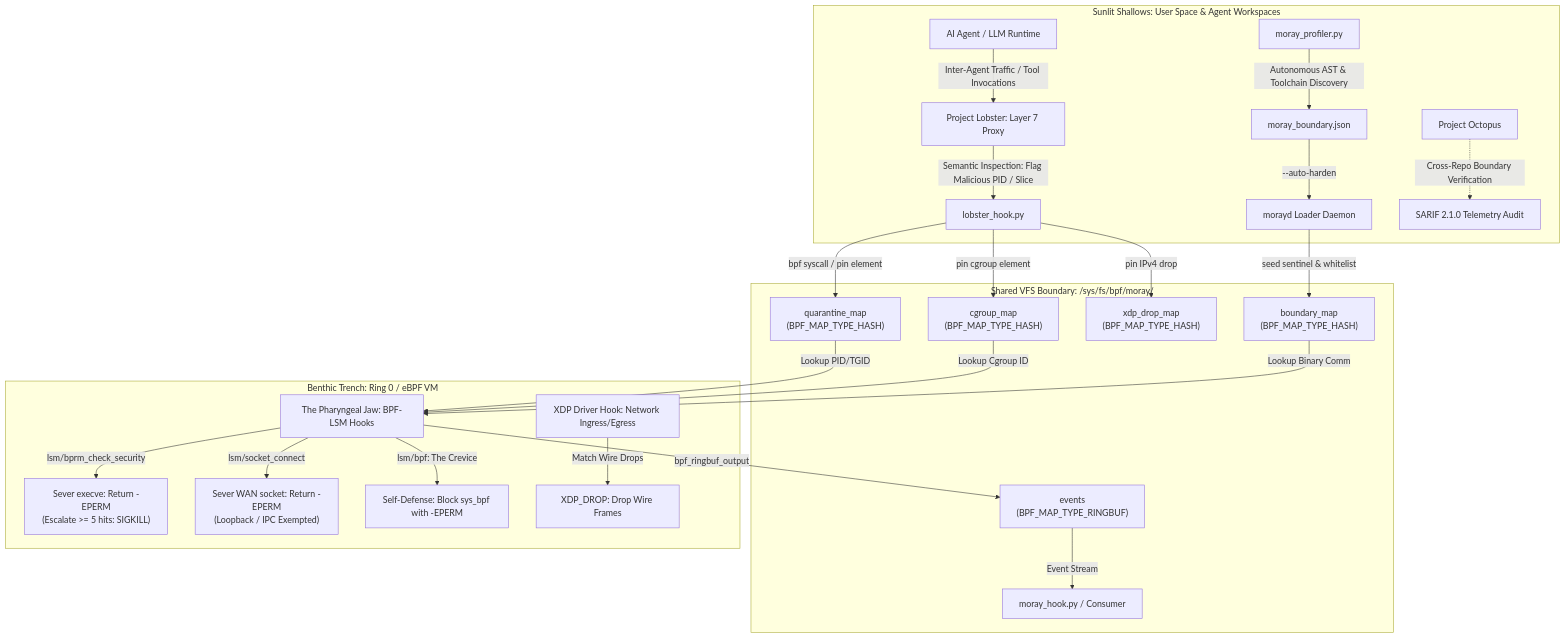
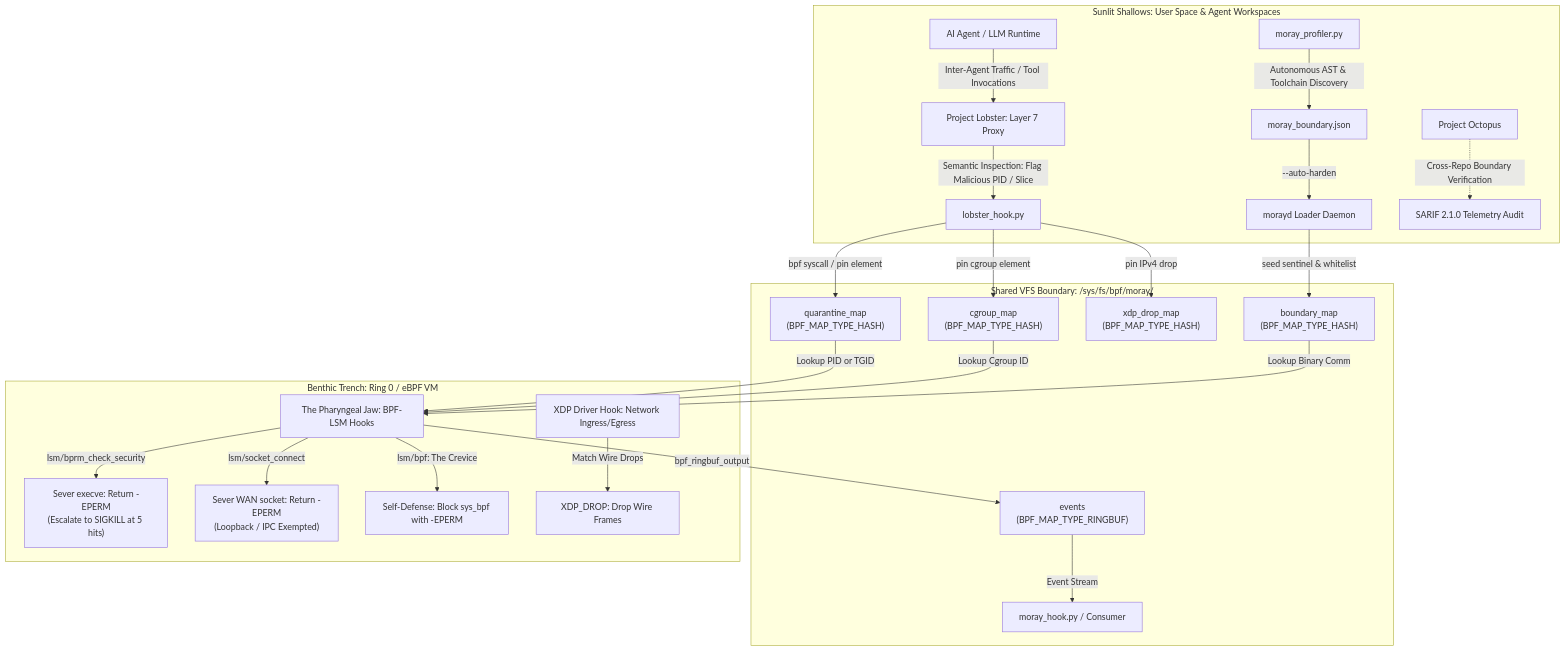
Before and after one commit to codebyangelo/project-moray: the diagram in docs/ARCHITECTURE.md, drawn with Mermaid. The commit also changed 2 other files, not shown here.

Commit message:
docs: fix mermaid syntax parse error in architecture and threat model diagrams
Eliminate unquoted parentheses in edge label (|O(1) Route Lookup| -> |Fast Route Lookup|),
quote all node text strings containing special characters or colons, and declare
explicit quoted subgraph identifiers across README.md, docs/ARCHITECTURE.md,
and docs/THREAT_MODEL.md to restore clean GitHub Mermaid diagram rendering.

````diff
--- a/docs/ARCHITECTURE.md
+++ b/docs/ARCHITECTURE.md
@@ -15,29 +15,29 @@
 ```mermaid
 graph TD
-    subgraph User Space [Sunlit Shallows: User Space & Agent Workspaces]
-        A[AI Agent / LLM Runtime] -->|Inter-Agent Traffic / Tool Invocations| B[Project Lobster: Layer 7 Proxy]
-        B -->|Semantic Inspection: Flag Malicious PID / Slice| C[lobster_hook.py]
-        P[moray_profiler.py] -->|Autonomous AST & Toolchain Discovery| J[moray_boundary.json]
-        J -->|--auto-harden| F[morayd Loader Daemon]
-        O[Project Octopus] -.->|Cross-Repo Boundary Verification| S[SARIF 2.1.0 Telemetry Audit]
+    subgraph UserSpace ["Sunlit Shallows: User Space & Agent Workspaces"]
+        A["AI Agent / LLM Runtime"] -->|Inter-Agent Traffic / Tool Invocations| B["Project Lobster: Layer 7 Proxy"]
+        B -->|Semantic Inspection: Flag Malicious PID / Slice| C["lobster_hook.py"]
+        P["moray_profiler.py"] -->|Autonomous AST & Toolchain Discovery| J["moray_boundary.json"]
+        J -->|--auto-harden| F["morayd Loader Daemon"]
+        O["Project Octopus"] -.->|Cross-Repo Boundary Verification| S["SARIF 2.1.0 Telemetry Audit"]
     end
 
-    subgraph BPF FS [Shared VFS Boundary: /sys/fs/bpf/moray/]
+    subgraph BpfFS ["Shared VFS Boundary: /sys/fs/bpf/moray/"]
         C -->|bpf syscall / pin element| D["quarantine_map<br/>(BPF_MAP_TYPE_HASH)"]
         C -->|pin cgroup element| CG["cgroup_map<br/>(BPF_MAP_TYPE_HASH)"]
         C -->|pin IPv4 drop| X["xdp_drop_map<br/>(BPF_MAP_TYPE_HASH)"]
         F -->|seed sentinel & whitelist| W["boundary_map<br/>(BPF_MAP_TYPE_HASH)"]
-        E["events<br/>(BPF_MAP_TYPE_RINGBUF)"] -->|Event Stream| H[moray_hook.py / Consumer]
+        E["events<br/>(BPF_MAP_TYPE_RINGBUF)"] -->|Event Stream| H["moray_hook.py / Consumer"]
     end
 
-    subgraph Kernel Space [Benthic Trench: Ring 0 / eBPF VM]
-        D -->|Lookup PID/TGID| G[The Pharyngeal Jaw: BPF-LSM Hooks]
+    subgraph KernelSpace ["Benthic Trench: Ring 0 / eBPF VM"]
+        D -->|Lookup PID or TGID| G["The Pharyngeal Jaw: BPF-LSM Hooks"]
         CG -->|Lookup Cgroup ID| G
         W -->|Lookup Binary Comm| G
-        G -->|lsm/bprm_check_security| S1["Sever execve: Return -EPERM<br/>(Escalate >= 5 hits: SIGKILL)"]
+        G -->|lsm/bprm_check_security| S1["Sever execve: Return -EPERM<br/>(Escalate to SIGKILL at 5 hits)"]
         G -->|lsm/socket_connect| S2["Sever WAN socket: Return -EPERM<br/>(Loopback / IPC Exempted)"]
-        G -->|lsm/bpf: The Crevice| S3[Self-Defense: Block sys_bpf with -EPERM]
-        K[XDP Driver Hook: Network Ingress/Egress] -->|Match Wire Drops| S4[XDP_DROP: Drop Wire Frames]
+        G -->|lsm/bpf: The Crevice| S3["Self-Defense: Block sys_bpf with -EPERM"]
+        K["XDP Driver Hook: Network Ingress/Egress"] -->|Match Wire Drops| S4["XDP_DROP: Drop Wire Frames"]
         G -->|bpf_ringbuf_output| E
     end
 ```
````
